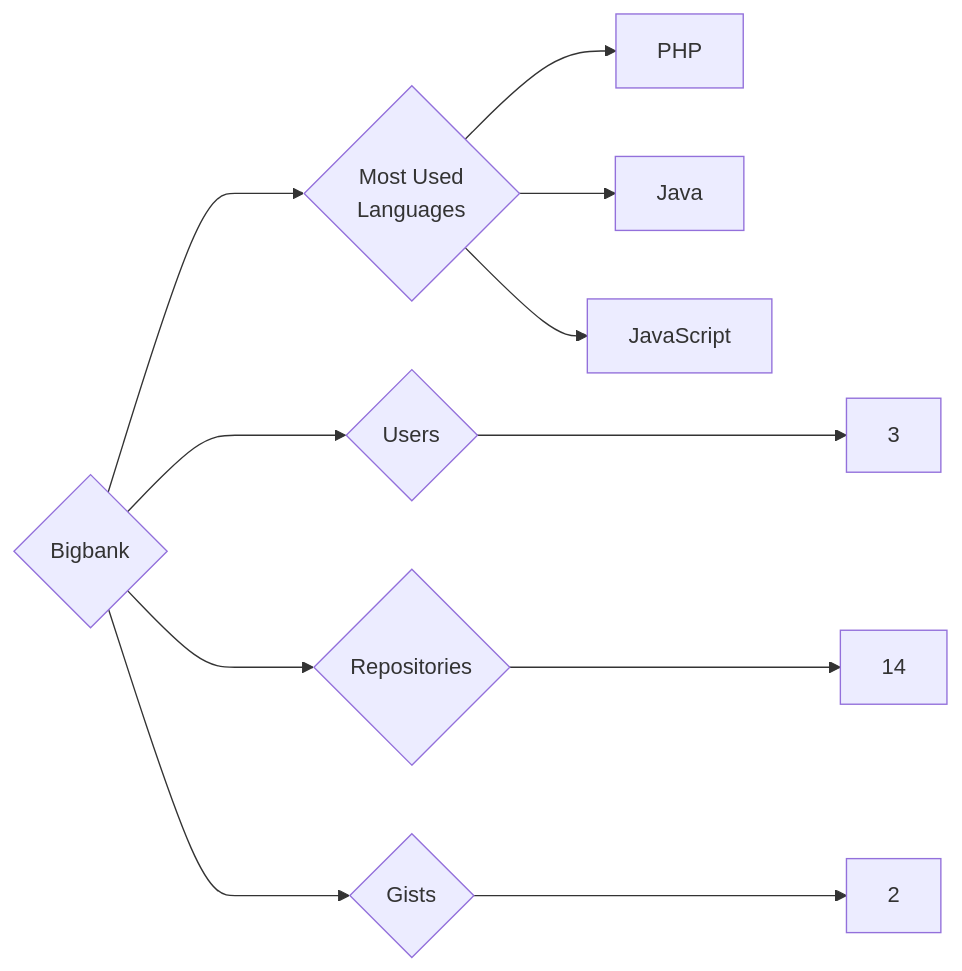
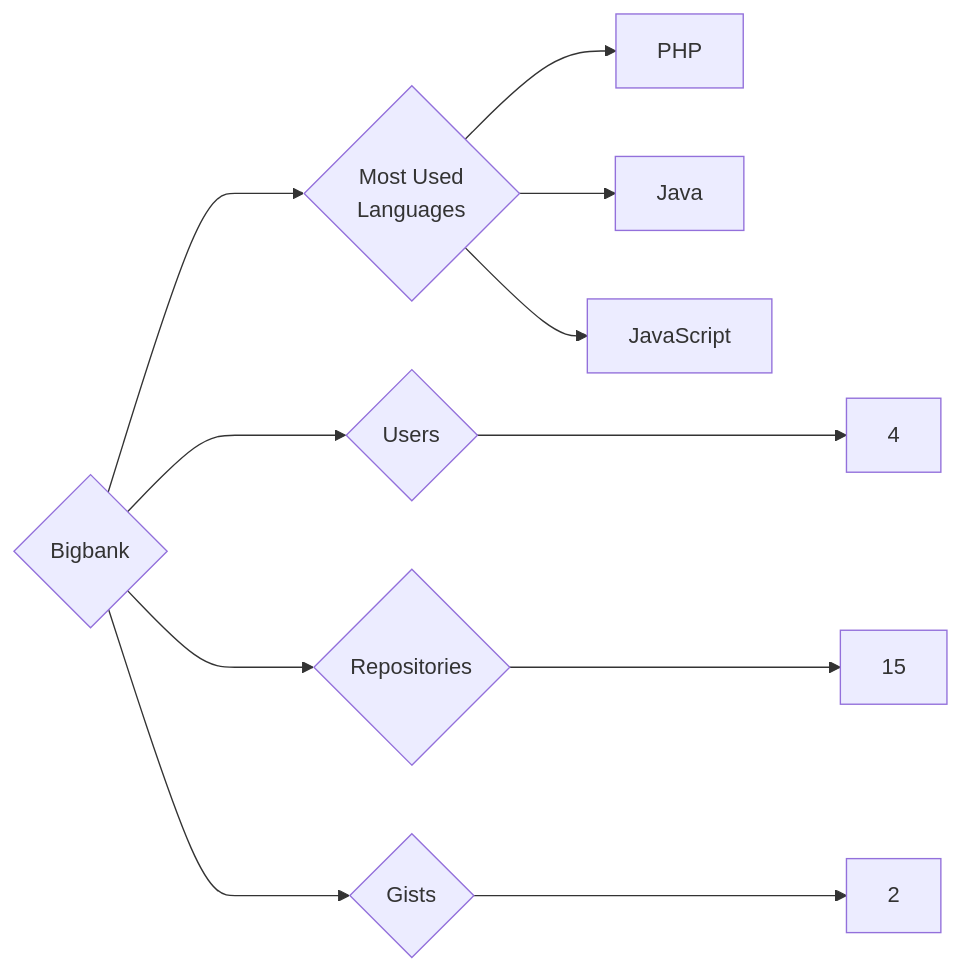
Before and after one commit to trickest/insiders: the diagram in targets/Bigbank/README.md, drawn with Mermaid. The commit also changed 993 other files, not shown here.

````diff
--- a/targets/Bigbank/README.md
+++ b/targets/Bigbank/README.md
@@ -3,11 +3,11 @@
 ```mermaid
 graph LR
 COMPANY_NAME{Bigbank}
-COMPANY_NAME ---> U{Users} ---> UN[3]
-COMPANY_NAME ---> R{Repositories} ---> RN[14]
+COMPANY_NAME ---> U{Users} ---> UN[4]
+COMPANY_NAME ---> R{Repositories} ---> RN[15]
 COMPANY_NAME ---> G{Gists} ---> GN[2]
 COMPANY_NAME ---> ML{Most Used<br>Languages}
 ML --> PHP[PHP]
 ML --> Java[Java]
 ML --> JavaScript[JavaScript]
 ```
````
